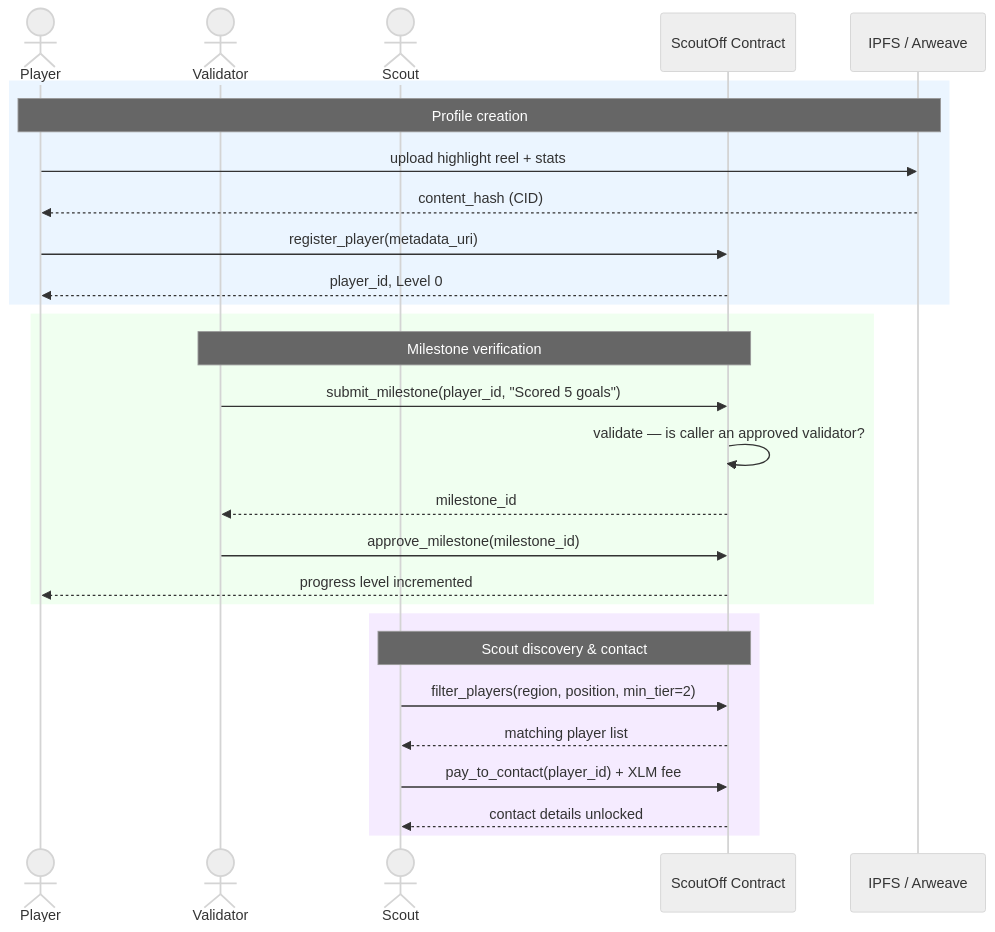
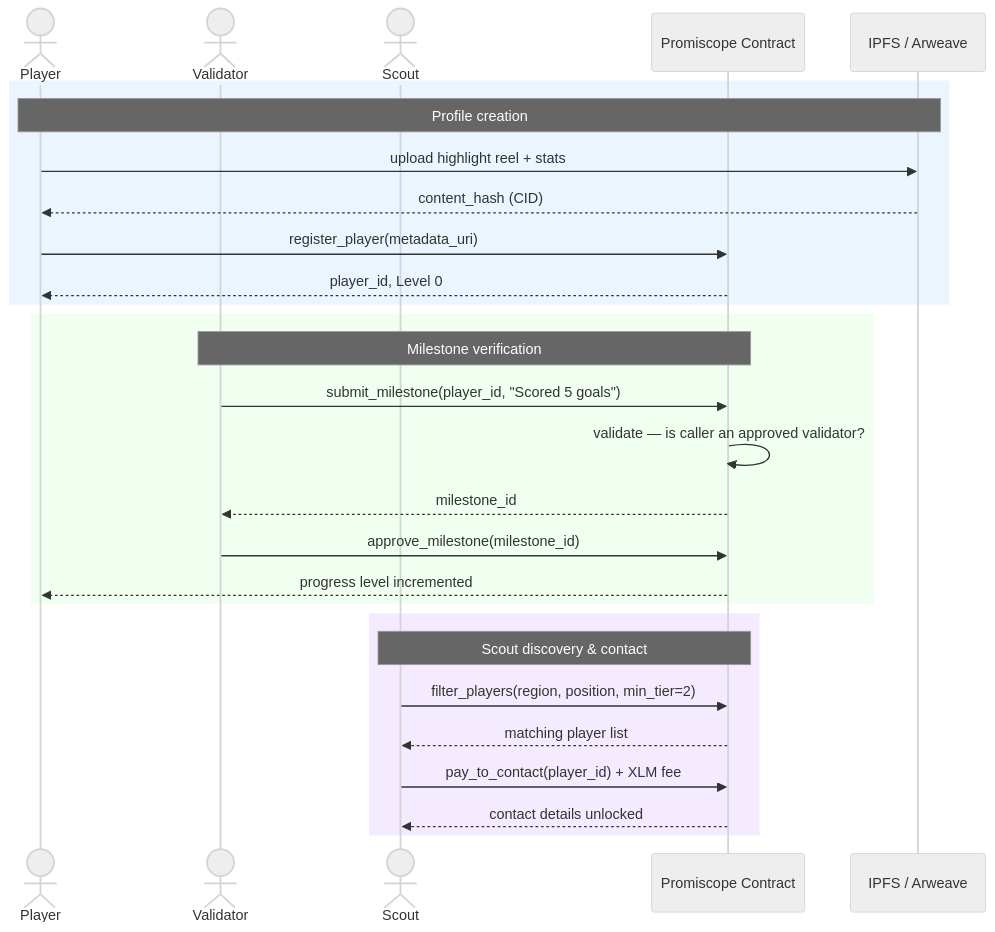
The second of 2 diagrams in README.md (Signpost-Labs/signpost-api), drawn with Mermaid (neutral theme) before and after one commit. The commit also changed other lines of this file and 117 other files, not shown here.

````diff
--- a/README.md
+++ b/README.md
@@ -206,33 +206,33 @@
 ```mermaid
 sequenceDiagram
     actor Player
     actor Validator
     actor Scout
-    participant Contract as ScoutOff Contract
+    participant Contract as Promiscope Contract
     participant Storage as IPFS / Arweave
 
     rect rgb(235, 245, 255)
         Note over Player,Storage: Profile creation
         Player->>Storage: upload highlight reel + stats
         Storage-->>Player: content_hash (CID)
         Player->>Contract: register_player(metadata_uri)
         Contract-->>Player: player_id, Level 0
     end
 
     rect rgb(240, 255, 240)
         Note over Validator,Contract: Milestone verification
         Validator->>Contract: submit_milestone(player_id, "Scored 5 goals")
         Contract->>Contract: validate — is caller an approved validator?
         Contract-->>Validator: milestone_id
         Validator->>Contract: approve_milestone(milestone_id)
         Contract-->>Player: progress level incremented
     end
 
     rect rgb(245, 235, 255)
         Note over Scout,Contract: Scout discovery & contact
         Scout->>Contract: filter_players(region, position, min_tier=2)
         Contract-->>Scout: matching player list
         Scout->>Contract: pay_to_contact(player_id) + XLM fee
         Contract-->>Scout: contact details unlocked
     end
 ```
````
